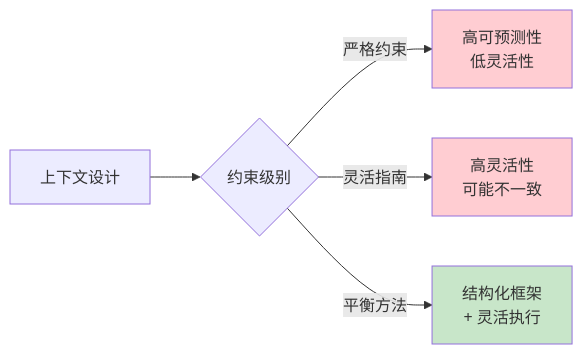
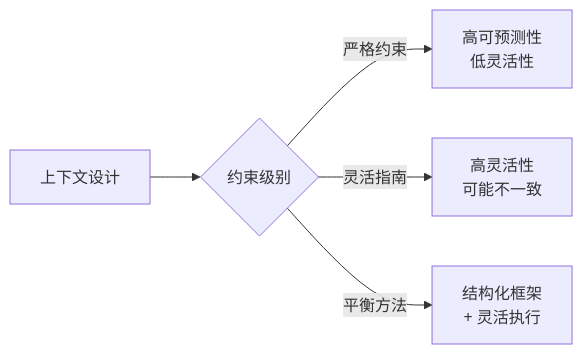
Before and after one commit to yuexiaoliang/prompt-engineering-learning: the third of 4 diagrams in 05-context-engineering-zh.md, drawn with Mermaid. The commit also changed other lines of this file, not shown here.

Commit message:
fix: remove hardcoded fill colors from Mermaid diagrams for light/dark theme adaptation

````diff
--- a/05-context-engineering-zh.md
+++ b/05-context-engineering-zh.md
@@ -540,11 +542,7 @@
 ```mermaid
 graph LR
     A[上下文设计] --> B{约束级别}
     B -->|严格约束| C[高可预测性<br/>低灵活性]
     B -->|灵活指南| D[高灵活性<br/>可能不一致]
     B -->|平衡方法| E[结构化框架<br/>+ 灵活执行]
-
-    style C fill:#ffcdd2
-    style D fill:#ffcdd2
-    style E fill:#c8e6c9
 ```
````
